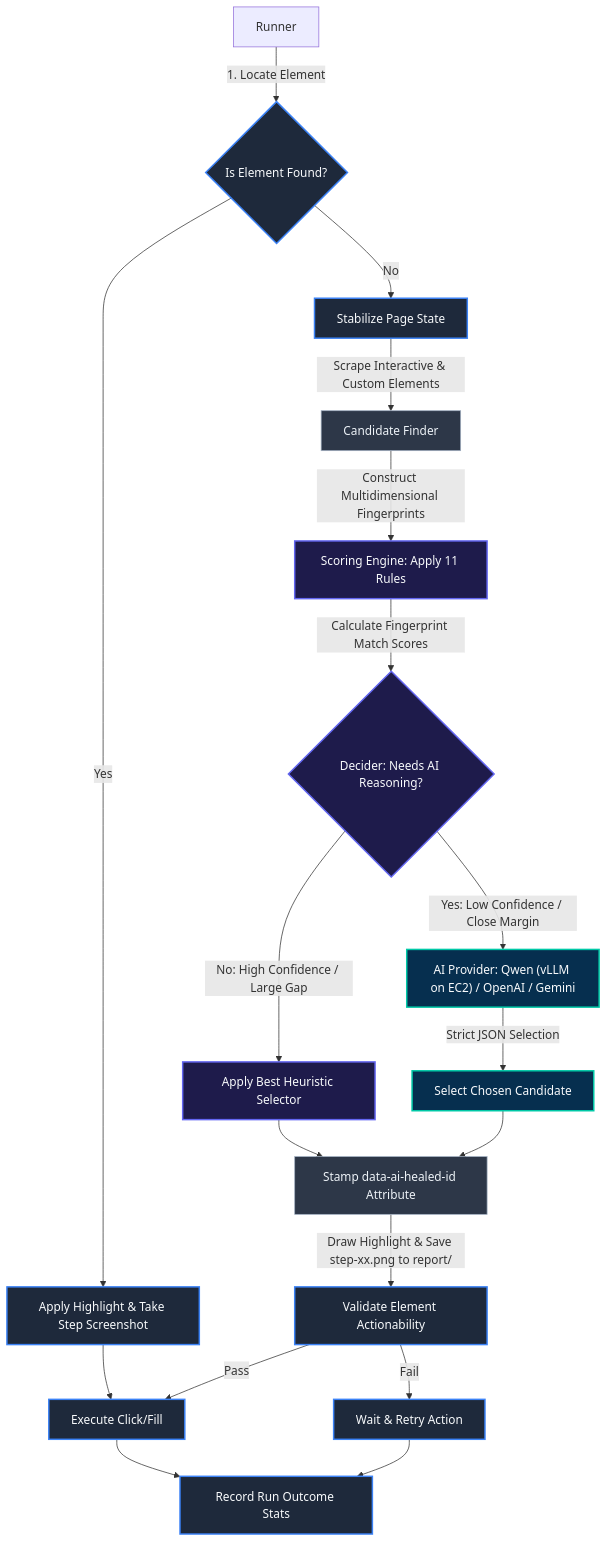
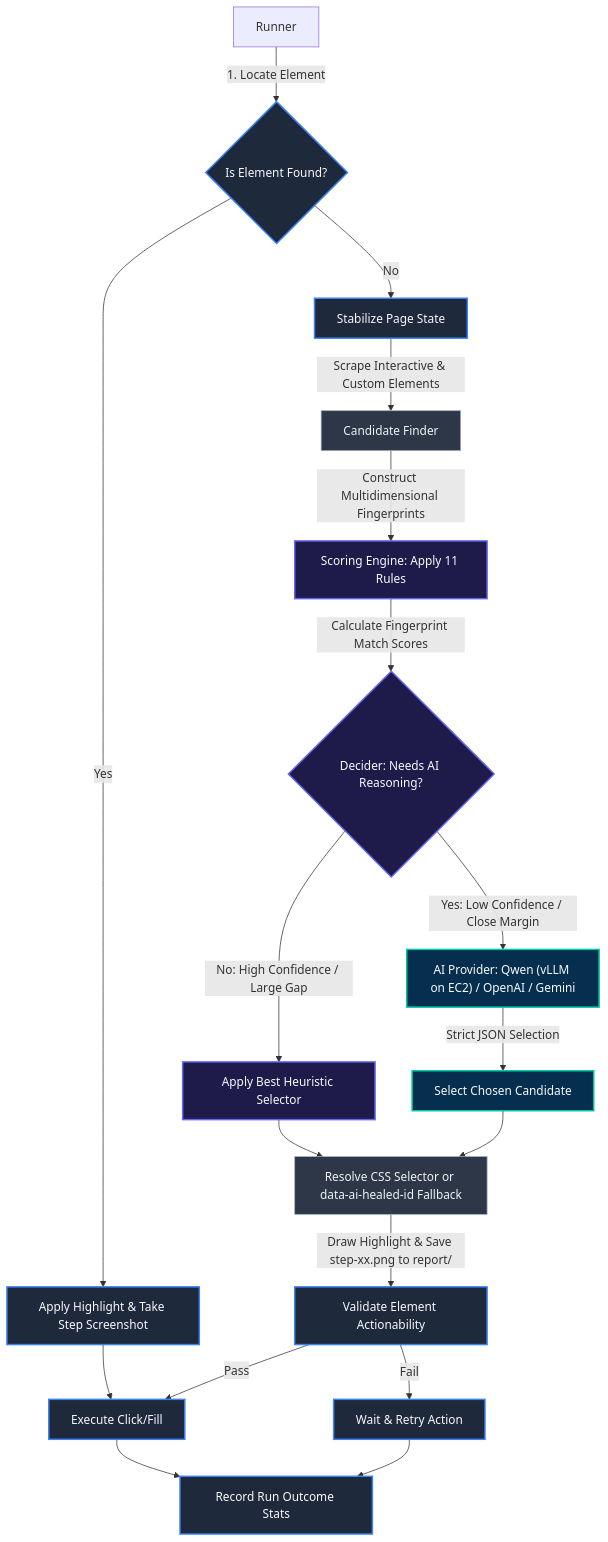
Before and after one commit to shambhoo-narwaria/reLOCATE.AI-Intelligent-Element-Recovery-Engine: the first of 6 diagrams in docs/project-architecture.md, drawn with Mermaid. The commit also changed other lines of this file and 6 other files, not shown here.

````diff
--- a/docs/project-architecture.md
+++ b/docs/project-architecture.md
@@ -13,26 +13,26 @@
 ```mermaid
 graph TD
     %% Styling
     classDef runner fill:#1e293b,stroke:#3b82f6,stroke-width:2px,color:#f8fafc;
     classDef engine fill:#1e1b4b,stroke:#6366f1,stroke-width:2px,color:#f8fafc;
     classDef ai fill:#062f4f,stroke:#00c9a7,stroke-width:2px,color:#f8fafc;
     classDef browser fill:#2d3748,stroke:#a0aec0,stroke-width:1px,color:#edf2f7;
 
     A[Runner] -->|1. Locate Element| B{Is Element Found?}:::runner
     B -->|Yes| C[Apply Highlight & Take Step Screenshot]:::runner
     B -->|No| D[Stabilize Page State]:::runner
     D -->|Scrape Interactive & Custom Elements| E[Candidate Finder]:::browser
     E -->|Construct Multidimensional Fingerprints| F[Scoring Engine: Apply 11 Rules]:::engine
     F -->|Calculate Fingerprint Match Scores| G{Decider: Needs AI Reasoning?}:::engine
     G -->|No: High Confidence / Large Gap| H[Apply Best Heuristic Selector]:::engine
     G -->|Yes: Low Confidence / Close Margin| I["AI Provider: Qwen (vLLM on EC2) / OpenAI / Gemini"]:::ai
     I -->|Strict JSON Selection| J[Select Chosen Candidate]:::ai
-    H --> K[Stamp data-ai-healed-id Attribute]:::browser
+    H --> K[Resolve CSS Selector or data-ai-healed-id Fallback]:::browser
     J --> K
     K -->|Draw Highlight & Save step-xx.png to report/| L[Validate Element Actionability]:::runner
     C --> M[Execute Click/Fill]:::runner
     L -->|Pass| M
     L -->|Fail| N[Wait & Retry Action]:::runner
     M --> O[Record Run Outcome Stats]:::runner
     N --> O
 ```
````
